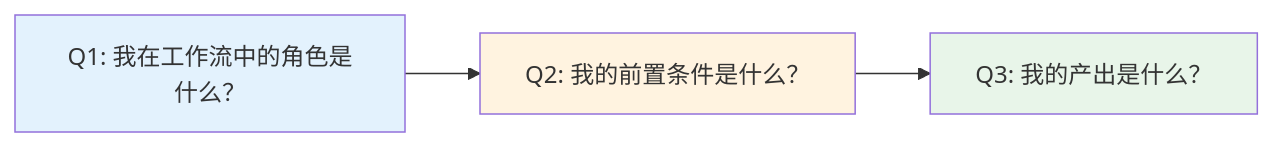
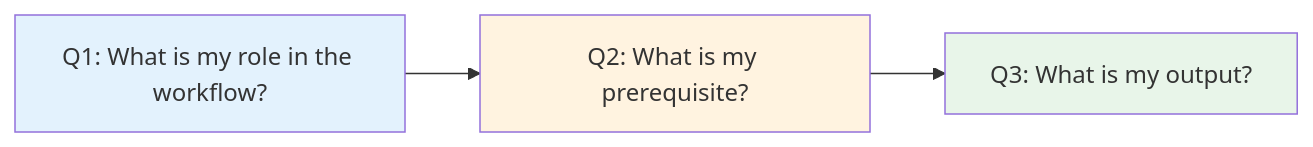
One commit to PassByYou888/LingoFuse-Tools changed the third of 3 diagrams in src/pascal_c_to_mcp/code_generate_mcp.md. Above: the diagram before and after it, drawn with Mermaid. The commit also changed other lines of this file, not shown here.

````diff
--- a/src/pascal_c_to_mcp/code_generate_mcp.md
+++ b/src/pascal_c_to_mcp/code_generate_mcp.md
@@ -680,9 +920,9 @@
 ```mermaid
 flowchart LR
-    Q1["Q1: 我在工作流中的角色是什么？"] --> Q2["Q2: 我的前置条件是什么？"]
-    Q2 --> Q3["Q3: 我的产出是什么？"]
+    Q1["Q1: What is my role in the workflow?"] --> Q2["Q2: What is my prerequisite?"]
+    Q2 --> Q3["Q3: What is my output?"]
 
     style Q1 fill:#e3f2fd
     style Q2 fill:#fff3e0
     style Q3 fill:#e8f5e9
 ```
````
